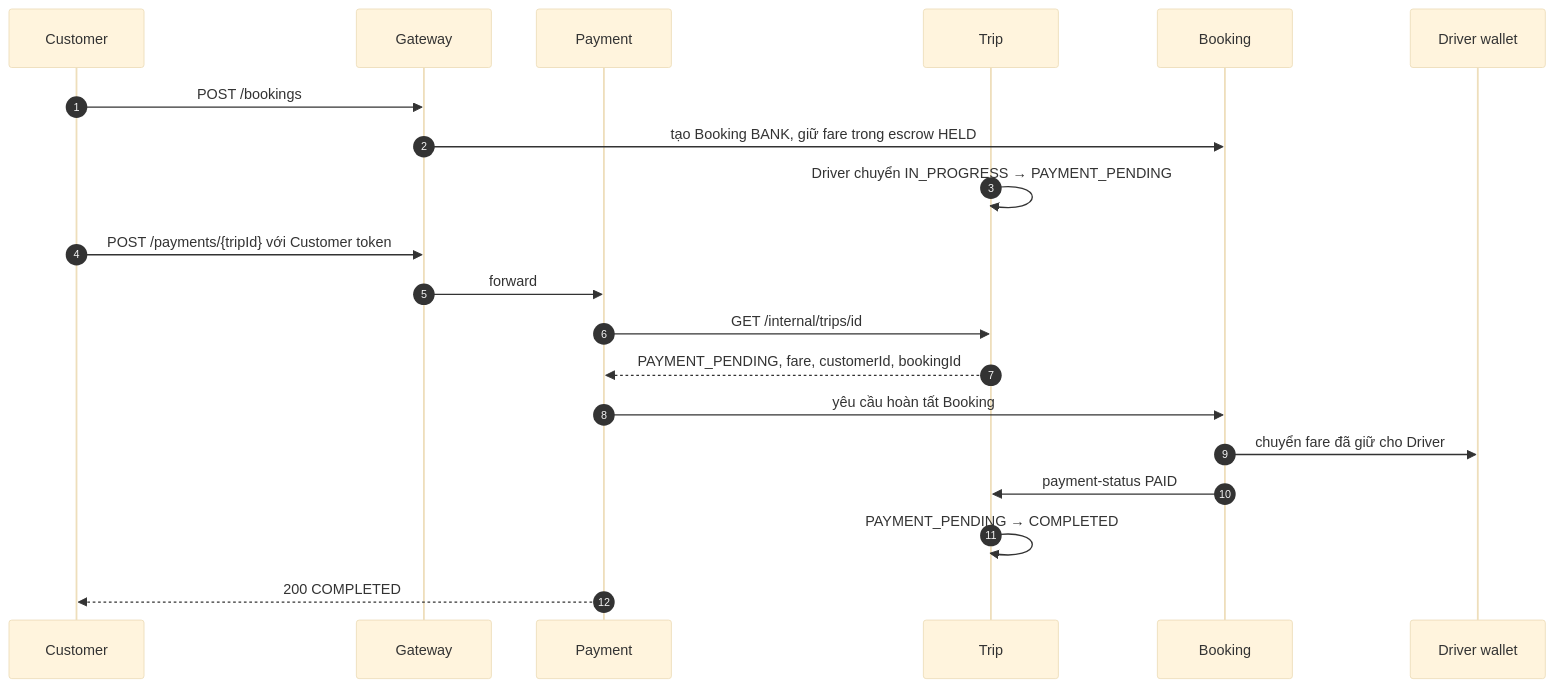
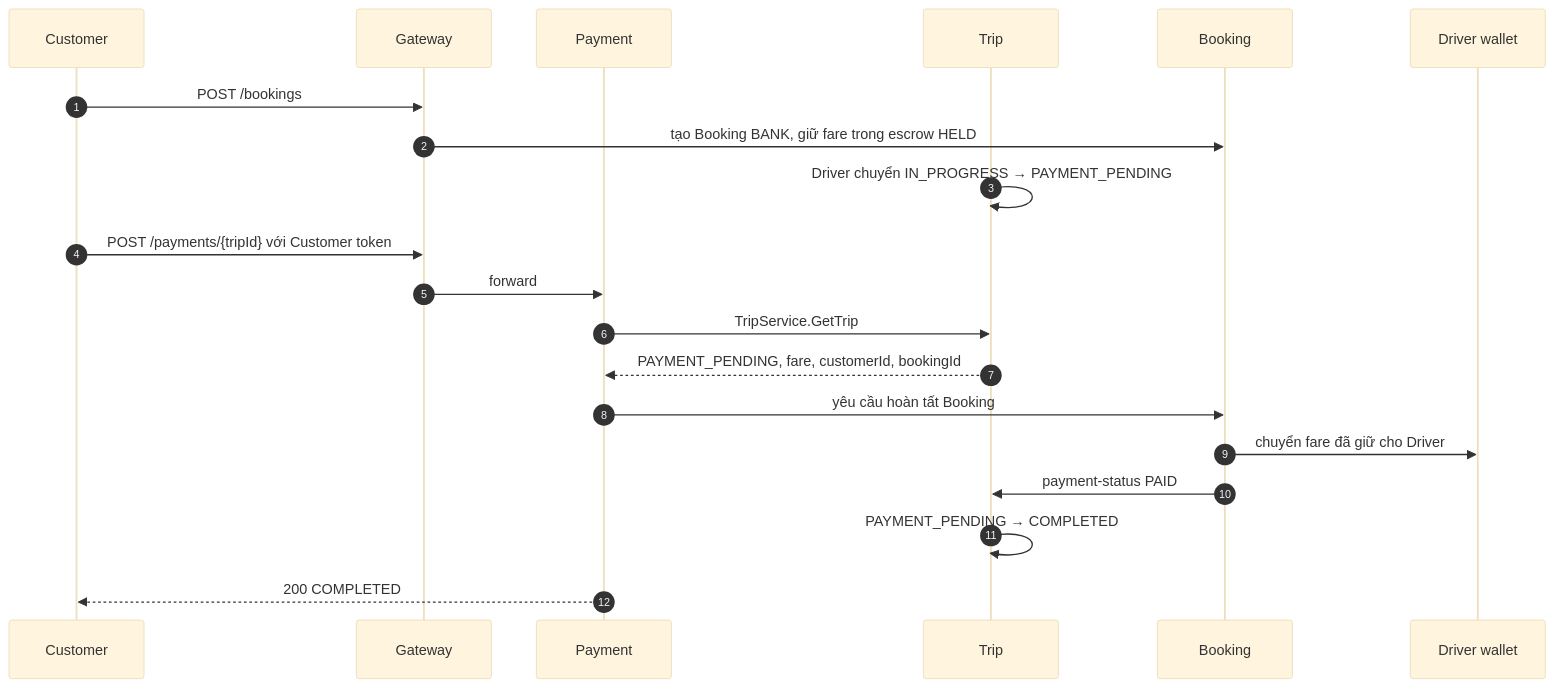
One commit to vthaix/23674231_TranVanThai_Cabsystem changed the fifth of 12 diagrams in microservice_design.md. Above: the diagram before and after it, drawn with Mermaid (base theme). The commit also changed other lines of this file and 65 other files, not shown here.

````diff
--- a/microservice_design.md
+++ b/microservice_design.md
@@ -681,22 +680,22 @@
 ```mermaid
 sequenceDiagram
     autonumber
     participant C as Customer
     participant GW as Gateway
     participant PY as Payment
     participant TR as Trip
     participant BK as Booking
     participant DR as Driver wallet
     C->>GW: POST /bookings
     GW->>BK: tạo Booking BANK, giữ fare trong escrow HELD
     TR->>TR: Driver chuyển IN_PROGRESS → PAYMENT_PENDING
     C->>GW: POST /payments/{tripId} với Customer token
     GW->>PY: forward
-    PY->>TR: GET /internal/trips/id
+    PY->>TR: TripService.GetTrip
     TR-->>PY: PAYMENT_PENDING, fare, customerId, bookingId
     PY->>BK: yêu cầu hoàn tất Booking
     BK->>DR: chuyển fare đã giữ cho Driver
     BK->>TR: payment-status PAID
     TR->>TR: PAYMENT_PENDING → COMPLETED
     PY-->>C: 200 COMPLETED
 ```
````
